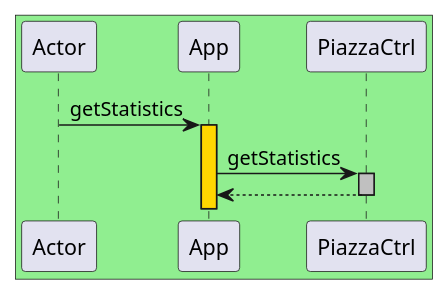
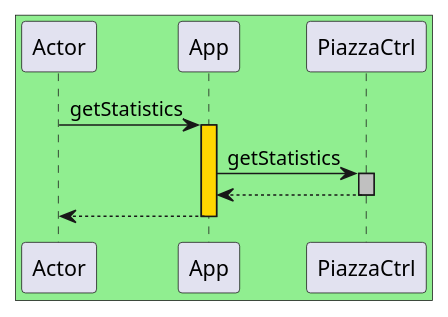
Before and after one commit to jonatanr2000/databaseprojsekt-del2: the diagram in getStatistics.puml, drawn with PlantUML.

Commit message:
Power of second free slush on thilde kontoret!

```diff
--- a/getStatistics.puml
+++ b/getStatistics.puml
@@ -1,9 +1,12 @@
 @startuml
 box #lightgreen
 participant Actor
 Actor -> App : getStatistics
 activate App #gold
 App -> PiazzaCtrl :getStatistics
 activate PiazzaCtrl #silver
+PiazzaCtrl --> App
+deactivate PiazzaCtrl
+
 return
 @enduml
```
